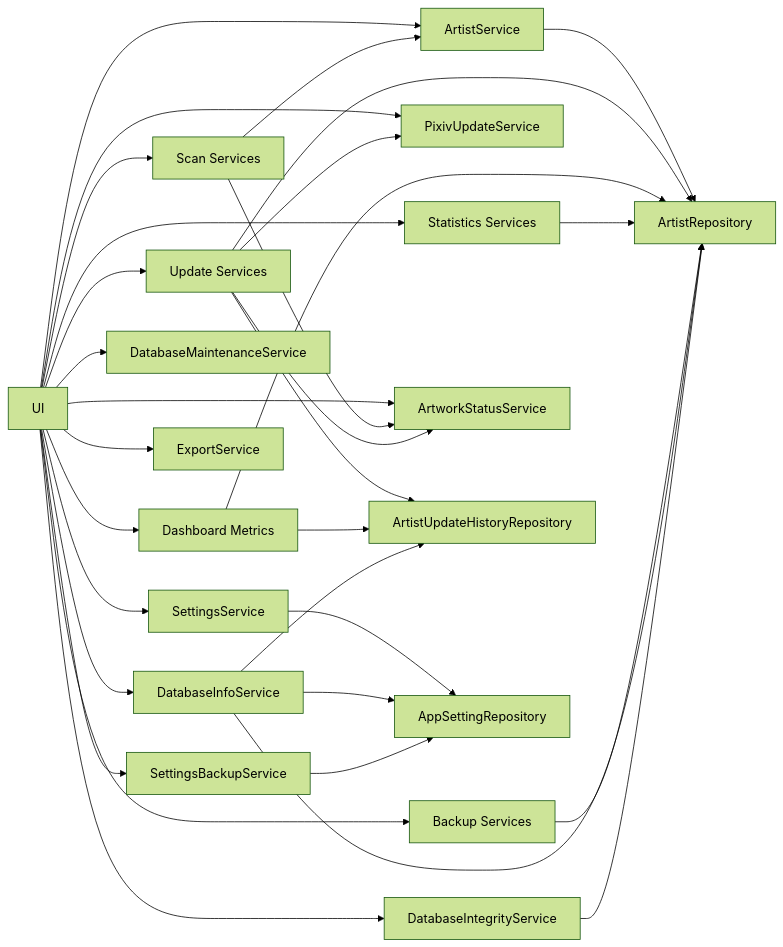
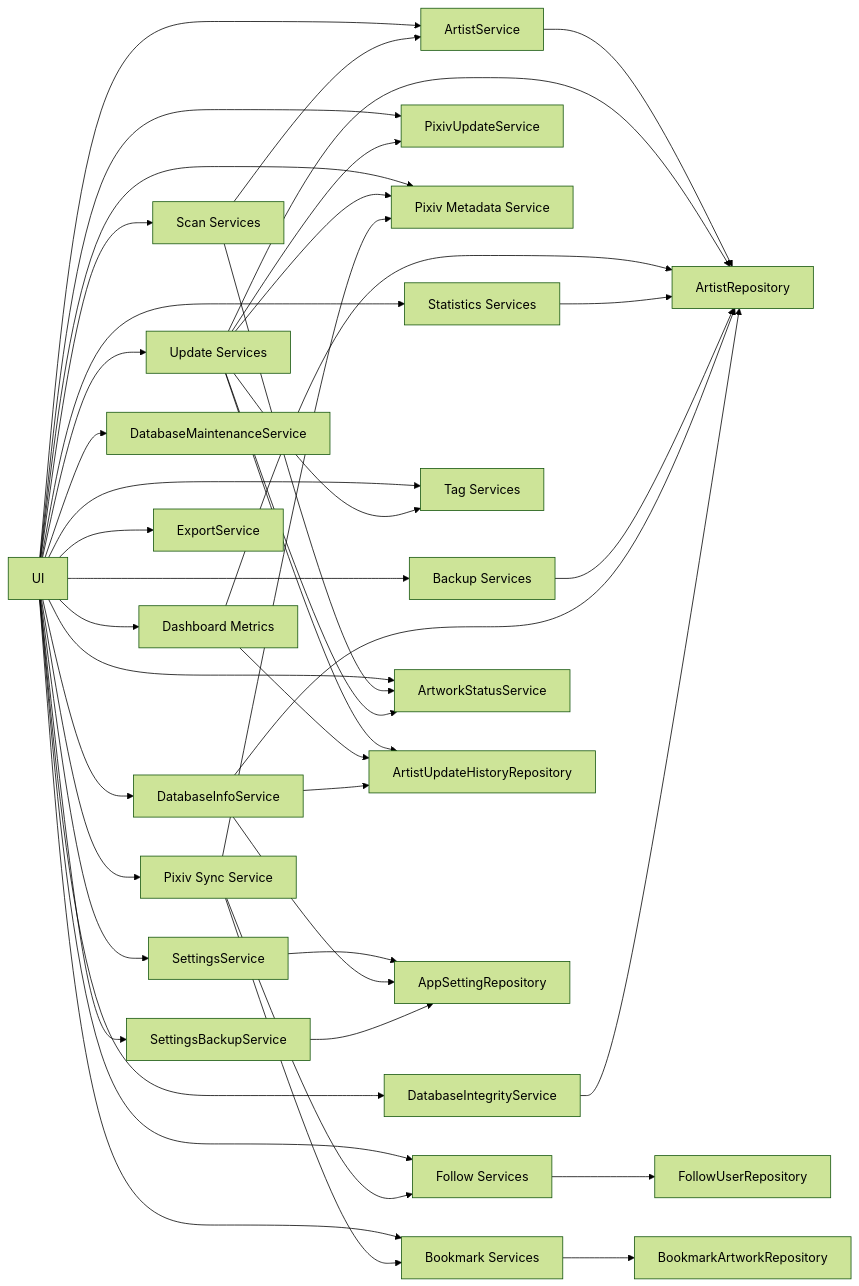
Before and after one commit to PKT0623/PixivLocalManager: the diagram in docs/08_SERVICES.md, drawn with Mermaid (forest theme). The commit also changed other lines of this file and 10 other files, not shown here.

````diff
--- a/docs/08_SERVICES.md
+++ b/docs/08_SERVICES.md
@@ -85,51 +113,66 @@
 ```mermaid
 flowchart LR
 
 UI[UI]
 
 UI --> ARTIST[ArtistService]
 UI --> SCAN[Scan Services]
 UI --> UPDATE[Update Services]
 UI --> DASHBOARD[Dashboard Metrics]
 UI --> STATISTICS[Statistics Services]
 
-UI --> PIXIV[PixivUpdateService]
+UI --> PIXIV_UPDATE[PixivUpdateService]
+UI --> PIXIV_META[Pixiv Metadata Service]
+UI --> PIXIV_SYNC[Pixiv Sync Service]
+
+UI --> FOLLOW[Follow Services]
+UI --> BOOKMARK[Bookmark Services]
+UI --> TAG[Tag Services]
 
 UI --> BACKUP[Backup Services]
 UI --> SETTINGS[SettingsService]
 
 UI --> DBINFO[DatabaseInfoService]
 UI --> DBCHECK[DatabaseIntegrityService]
 UI --> DBMAINT[DatabaseMaintenanceService]
 UI --> SETTINGBACKUP[SettingsBackupService]
 
 UI --> STATUS[ArtworkStatusService]
 UI --> EXPORT[ExportService]
 
 ARTIST --> ARTIST_REPO[ArtistRepository]
 
 SCAN --> ARTIST
 SCAN --> STATUS
 
 UPDATE --> ARTIST_REPO
 UPDATE --> HISTORY_REPO[ArtistUpdateHistoryRepository]
 UPDATE --> STATUS
-UPDATE --> PIXIV
+UPDATE --> PIXIV_UPDATE
+UPDATE --> PIXIV_META
+UPDATE --> TAG
+
+PIXIV_SYNC --> FOLLOW
+PIXIV_SYNC --> BOOKMARK
+PIXIV_SYNC --> PIXIV_META
+
+FOLLOW --> FOLLOW_REPO[FollowUserRepository]
+BOOKMARK --> BOOKMARK_REPO[BookmarkArtworkRepository]
 
 DASHBOARD --> ARTIST_REPO
 DASHBOARD --> HISTORY_REPO
 
 STATISTICS --> ARTIST_REPO
 
 BACKUP --> ARTIST_REPO
 
 SETTINGS --> SETTING_REPO[AppSettingRepository]
 
 DBINFO --> ARTIST_REPO
 DBINFO --> HISTORY_REPO
 DBINFO --> SETTING_REPO
 
 DBCHECK --> ARTIST_REPO
 
 SETTINGBACKUP --> SETTING_REPO
 ```
````
